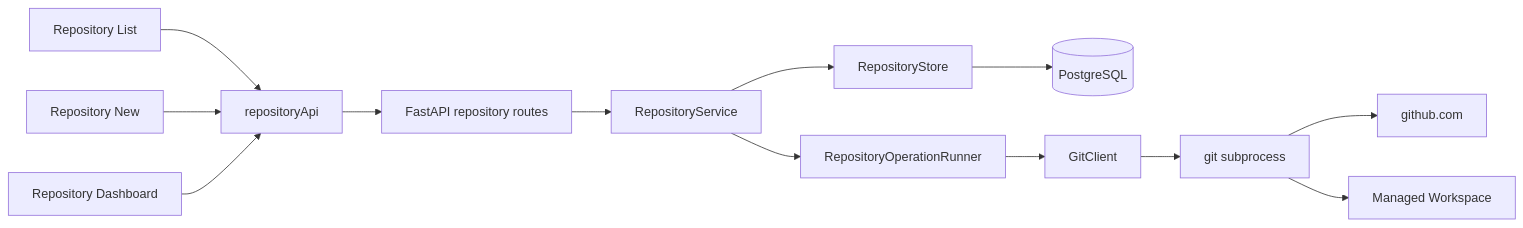
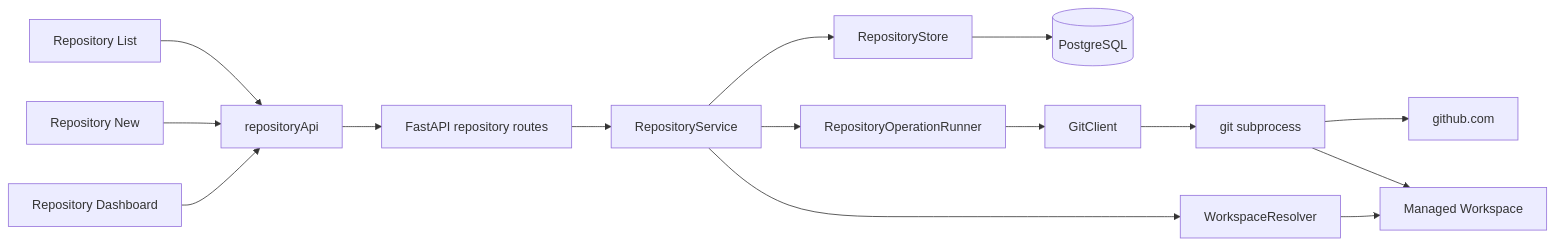
The second of 3 diagrams in docs/phase-1-detailed-design.md (Futaw/GHAgentDev), drawn with Mermaid before and after one commit. The commit also changed other lines of this file and 4 other files, not shown here.

````diff
--- a/docs/phase-1-detailed-design.md
+++ b/docs/phase-1-detailed-design.md
@@ -117,15 +130,17 @@
 ```mermaid
 flowchart LR
     LIST["Repository List"] --> API_CLIENT["repositoryApi"]
     NEW["Repository New"] --> API_CLIENT
     DETAIL["Repository Dashboard"] --> API_CLIENT
     API_CLIENT --> ROUTER["FastAPI repository routes"]
     ROUTER --> SERVICE["RepositoryService"]
     SERVICE --> STORE["RepositoryStore"]
     STORE --> PG[(PostgreSQL)]
     SERVICE --> RUNNER["RepositoryOperationRunner"]
+    SERVICE --> WORKSPACE["WorkspaceResolver"]
     RUNNER --> GIT["GitClient"]
     GIT --> PROC["git subprocess"]
     PROC --> GH["github.com"]
     PROC --> WS["Managed Workspace"]
+    WORKSPACE --> WS
 ```
````
